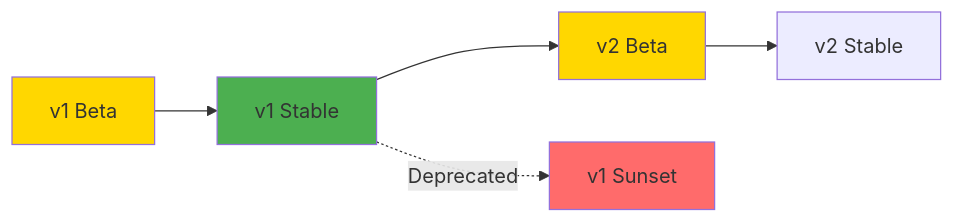
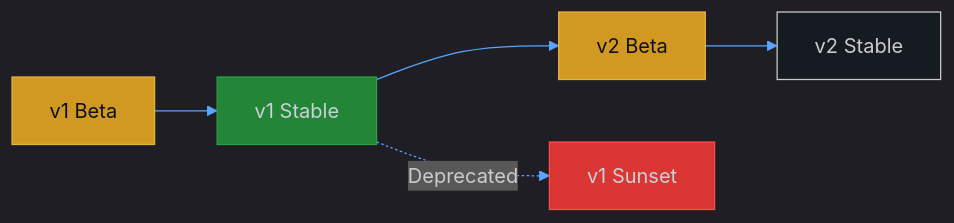
The fifth of 8 diagrams in docs/api/best-practices.md (spiralhouse/cycletime), drawn with Mermaid before and after one commit. The commit also changed other lines of this file and 2 other files, not shown here.

Commit message:
refactor(docs): optimize all Mermaid diagrams for dark mode (SPI-649)
Apply consistent dark theme configuration to all 13 diagrams in PR #114:

**Theme Configuration:**
- Dark background (#0d1117 - GitHub dark mode)
- High contrast colors for readability
- Consistent color scheme across all diagram types

**Files Updated:**
- docs/architecture/overview.md (3 diagrams)
  - Layered architecture graph
  - Provider implementation status
  - Database ER diagram

- docs/architecture/session-management.md (2 diagrams)
  - Session validation flowchart
  - Session lifecycle state machine

- docs/api/best-practices.md (8 diagrams)
  - REST maturity model
  - Resource hierarchy
  - HTTP status codes (success & error)
  - Version lifecycle
  - Request validation flow
  - Business rule hierarchy
  - Deprecation sequence

**Benefits:**
- Ensures legibility in dark mode environments
- Consistent visual experience across documentation
- Maintains accessibility with high contrast colors

🤖 Generated with [Claude Code](https://claude.com/claude-code)

````diff
--- a/docs/api/best-practices.md
+++ b/docs/api/best-practices.md
@@ -219,12 +223,13 @@
 ```mermaid
+%%{init: {'theme':'dark', 'themeVariables': {'darkMode':true, 'background':'#0d1117', 'mainBkg':'#161b22', 'secondBkg':'#21262d', 'lineColor':'#58a6ff', 'primaryColor':'#58a6ff', 'primaryTextColor':'#c9d1d9', 'primaryBorderColor':'#30363d'}}}%%
 graph LR
     A[v1 Beta] --> B[v1 Stable]
     B --> C[v2 Beta]
     C --> D[v2 Stable]
     B -.->|Deprecated| E[v1 Sunset]
 
-    style A fill:#FFD700
-    style B fill:#4CAF50
-    style C fill:#FFD700
-    style E fill:#FF6B6B
+    style A fill:#d29922,stroke:#e3b341,color:#0d1117
+    style B fill:#238636,stroke:#2ea043,color:#c9d1d9
+    style C fill:#d29922,stroke:#e3b341,color:#0d1117
+    style E fill:#da3633,stroke:#f85149,color:#c9d1d9
 ```
````
